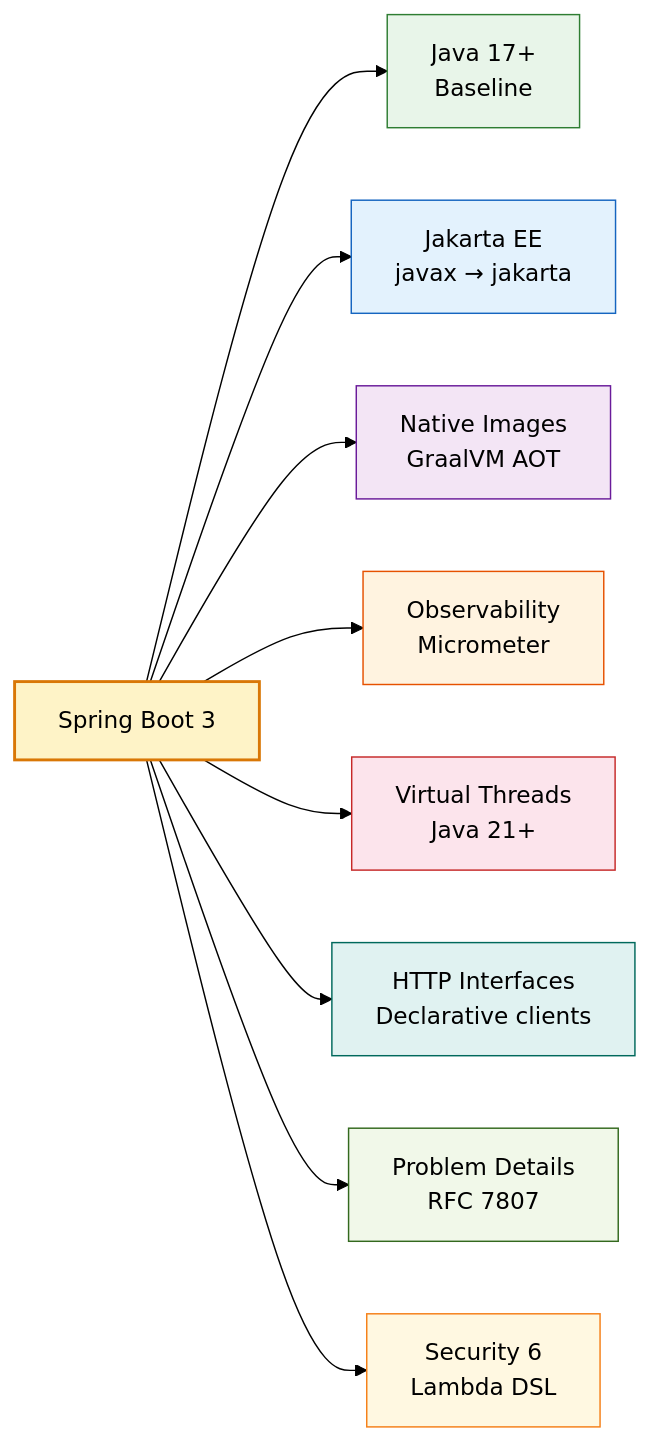
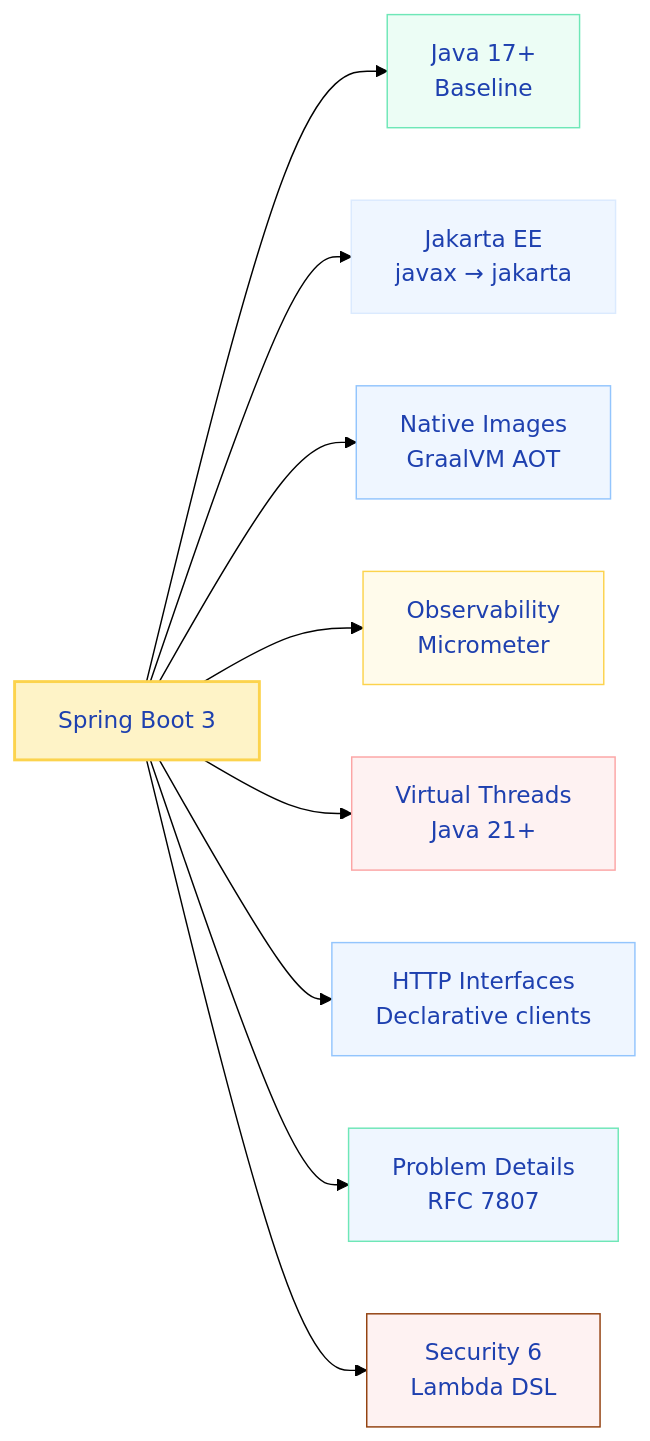
One commit to saivamsikaruturi/vamsilabs-dev-notes-main changed the first of 5 diagrams in docs/springboot/SpringBoot3.md. Above: the diagram before and after it, drawn with Mermaid (forest theme). The commit also changed other lines of this file and 220 other files, not shown here.

First line of the commit message:
Add 50+ new Java/Spring Boot pages, rewrite CSS code blocks to Oracle style, fix all diagram colors

````diff
--- a/docs/springboot/SpringBoot3.md
+++ b/docs/springboot/SpringBoot3.md
@@ -7,22 +7,22 @@
 ```mermaid
 flowchart LR
     SB3["Spring Boot 3"]
     SB3 --> J17["Java 17+\nBaseline"]
     SB3 --> JK["Jakarta EE\njavax → jakarta"]
     SB3 --> N["Native Images\nGraalVM AOT"]
     SB3 --> O["Observability\nMicrometer"]
     SB3 --> VT["Virtual Threads\nJava 21+"]
     SB3 --> HE["HTTP Interfaces\nDeclarative clients"]
     SB3 --> PD["Problem Details\nRFC 7807"]
     SB3 --> SEC["Security 6\nLambda DSL"]
 
-    style SB3 fill:#FEF3C7,stroke:#D97706,stroke-width:2px,color:#000
-    style J17 fill:#E8F5E9,stroke:#2E7D32,color:#000
-    style JK fill:#E3F2FD,stroke:#1565C0,color:#000
-    style N fill:#F3E5F5,stroke:#6A1B9A,color:#000
-    style O fill:#FFF3E0,stroke:#E65100,color:#000
-    style VT fill:#FCE4EC,stroke:#C62828,color:#000
-    style HE fill:#E0F2F1,stroke:#00695C,color:#000
-    style PD fill:#F1F8E9,stroke:#33691E,color:#000
-    style SEC fill:#FFF8E1,stroke:#F57F17,color:#000
+    style SB3 fill:#FEF3C7,stroke:#FCD34D,stroke-width:2px,color:#1E40AF
+    style J17 fill:#ECFDF5,stroke:#6EE7B7,color:#1E40AF
+    style JK fill:#EFF6FF,stroke:#DBEAFE,color:#1E40AF
+    style N fill:#EFF6FF,stroke:#93C5FD,color:#1E40AF
+    style O fill:#FFFBEB,stroke:#FCD34D,color:#1E40AF
+    style VT fill:#FEF2F2,stroke:#FCA5A5,color:#1E40AF
+    style HE fill:#EFF6FF,stroke:#93C5FD,color:#1E40AF
+    style PD fill:#EFF6FF,stroke:#6EE7B7,color:#1E40AF
+    style SEC fill:#FEF2F2,stroke:#92400E,color:#1E40AF
 ```
````
